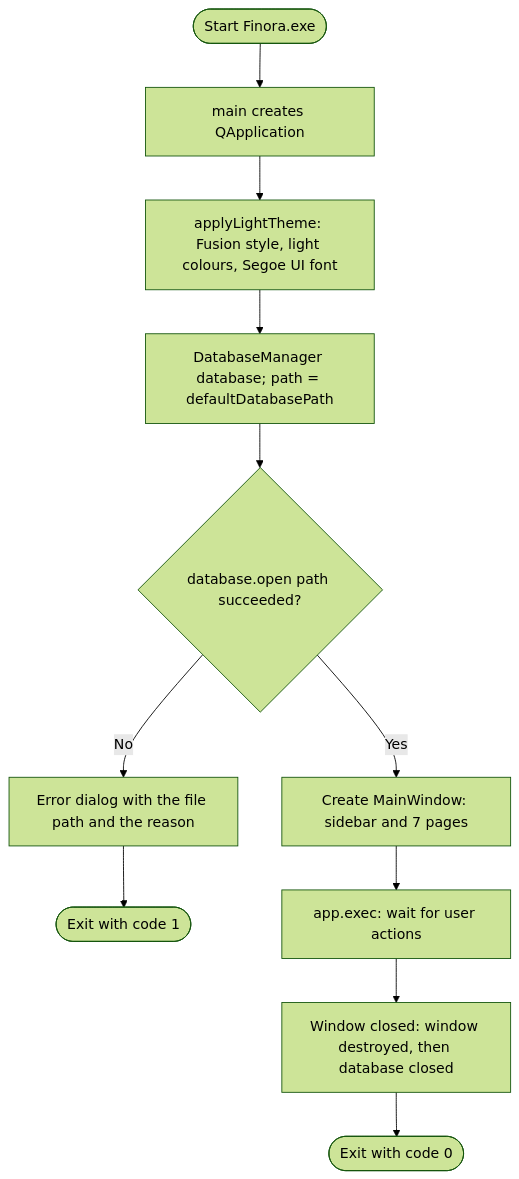
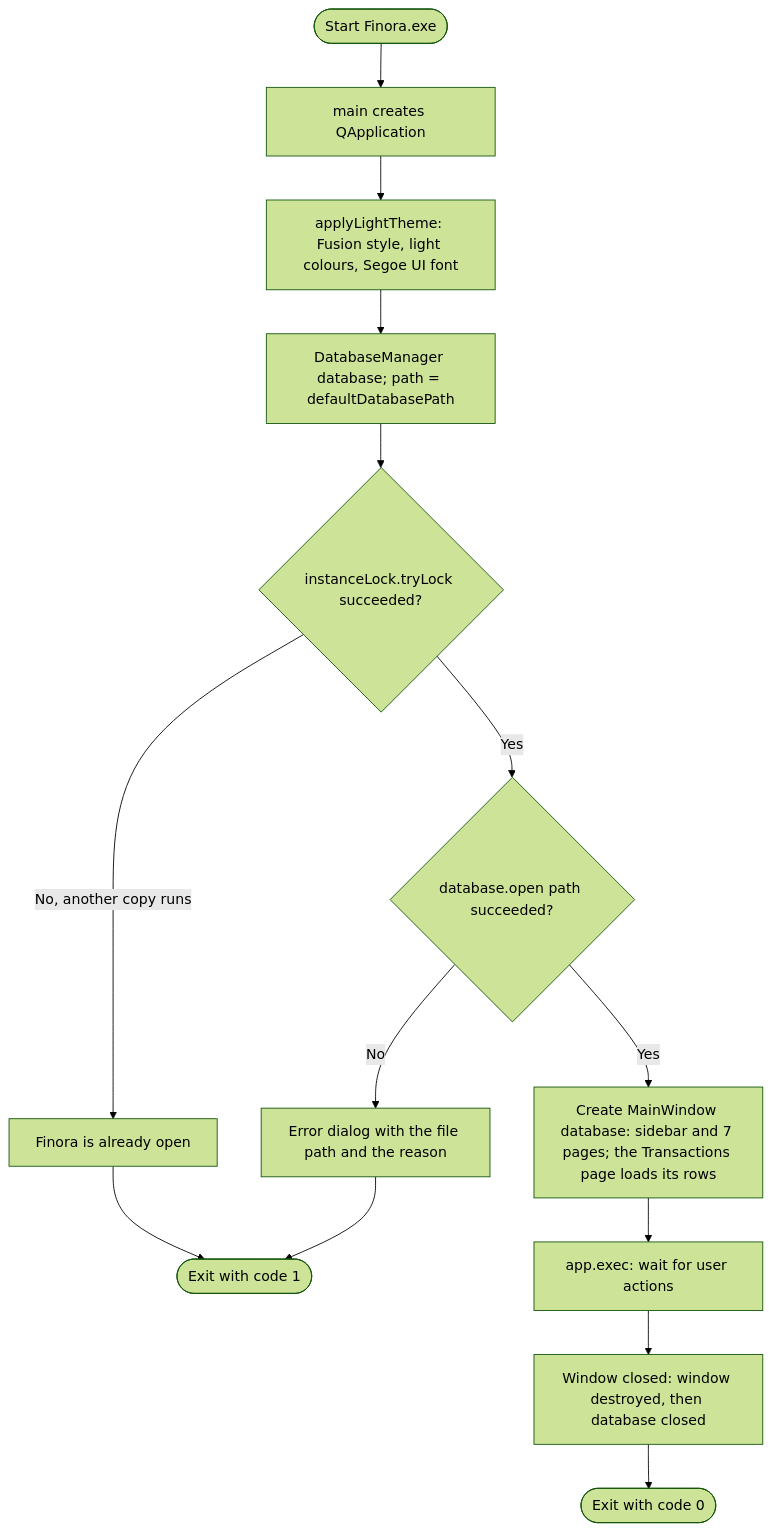
Before and after one commit to msaeed-dev-stack/Finora: the second of 6 diagrams in docs/DESIGN.md, drawn with Mermaid (forest theme). The commit also changed other lines of this file and 27 other files, not shown here.

````diff
--- a/docs/DESIGN.md
+++ b/docs/DESIGN.md
@@ -36,13 +36,16 @@
 ```mermaid
 flowchart TD
     A([Start Finora.exe]) --> B["main creates QApplication"]
     B --> C["applyLightTheme: Fusion style, light colours, Segoe UI font"]
     C --> D["DatabaseManager database; path = defaultDatabasePath"]
-    D --> E{"database.open path succeeded?"}
+    D --> L{"instanceLock.tryLock succeeded?"}
+    L -- "No, another copy runs" --> M["Finora is already open"]
+    M --> G([Exit with code 1])
+    L -- Yes --> E{"database.open path succeeded?"}
     E -- No --> F["Error dialog with the file path and the reason"]
-    F --> G([Exit with code 1])
-    E -- Yes --> H["Create MainWindow: sidebar and 7 pages"]
+    F --> G
+    E -- Yes --> H["Create MainWindow database: sidebar and 7 pages; the Transactions page loads its rows"]
     H --> I["app.exec: wait for user actions"]
     I --> J["Window closed: window destroyed, then database closed"]
     J --> K([Exit with code 0])
 ```
````
